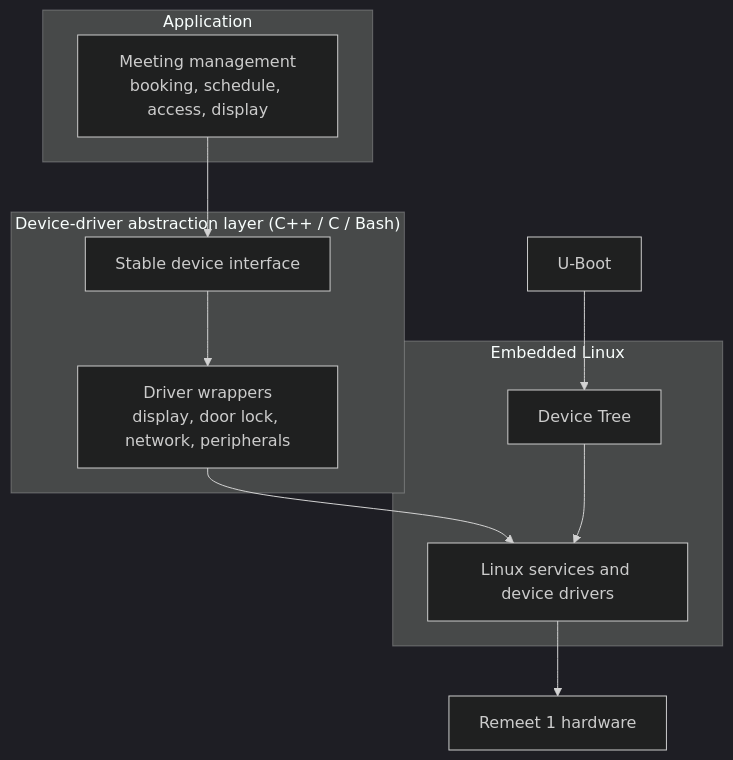
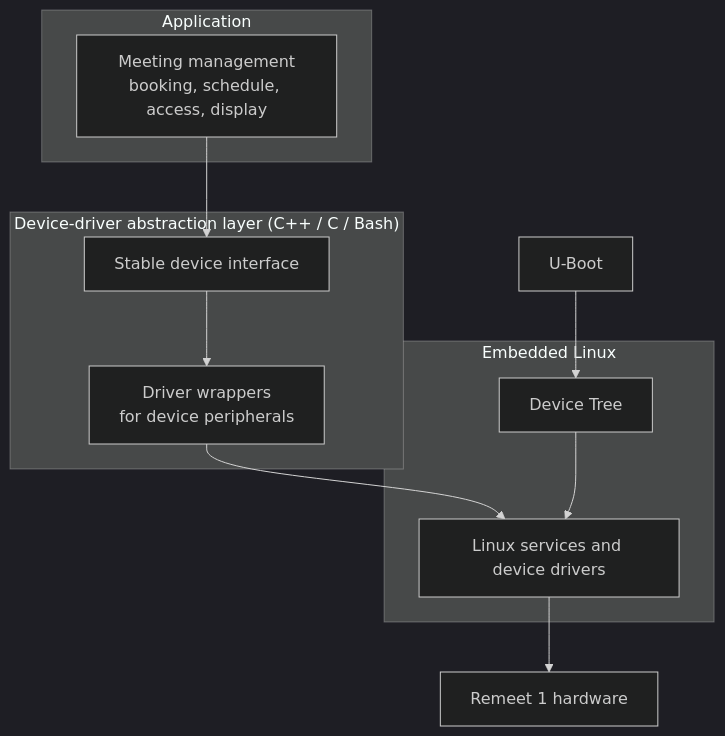
The diagram in README.md (PATEmbedded/Remeet1), drawn with Mermaid (dark theme) before and after one commit. The commit also changed other lines of this file, not shown here.

````diff
--- a/README.md
+++ b/README.md
@@ -111,23 +121,23 @@
 ```mermaid
 flowchart TB
     subgraph App["Application"]
         MM["Meeting management<br/>booking, schedule, access, display"]
     end
 
     subgraph DAL["Device-driver abstraction layer (C++ / C / Bash)"]
         API["Stable device interface"]
-        DRV["Driver wrappers<br/>display, door lock, network, peripherals"]
+        DRV["Driver wrappers<br/>for device peripherals"]
     end
 
     subgraph OS["Embedded Linux"]
         SVC["Linux services and device drivers"]
         DT["Device Tree"]
     end
 
     BOOT["U-Boot"]
     HW["Remeet 1 hardware"]
 
     MM --> API --> DRV --> SVC --> HW
     DT --> SVC
     BOOT --> DT
 ```
````
